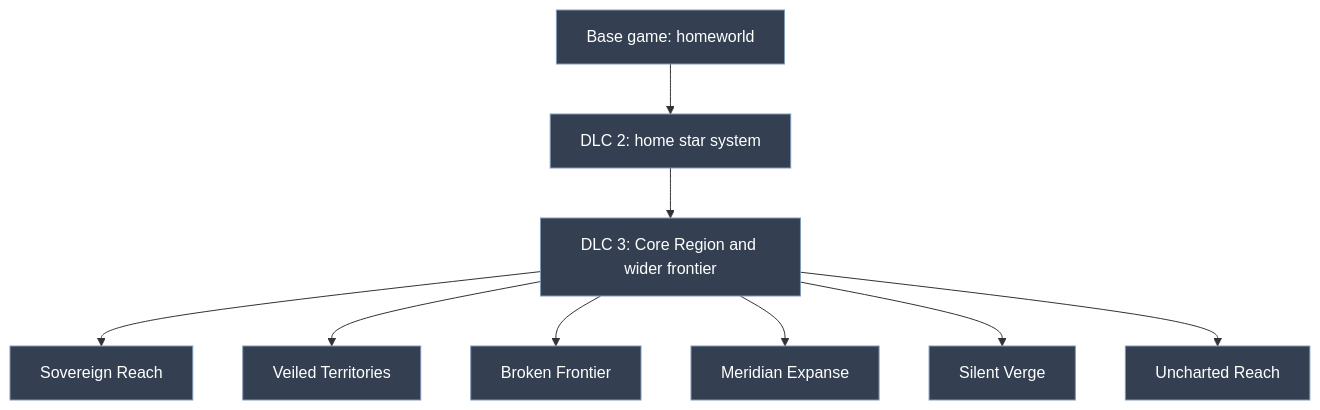
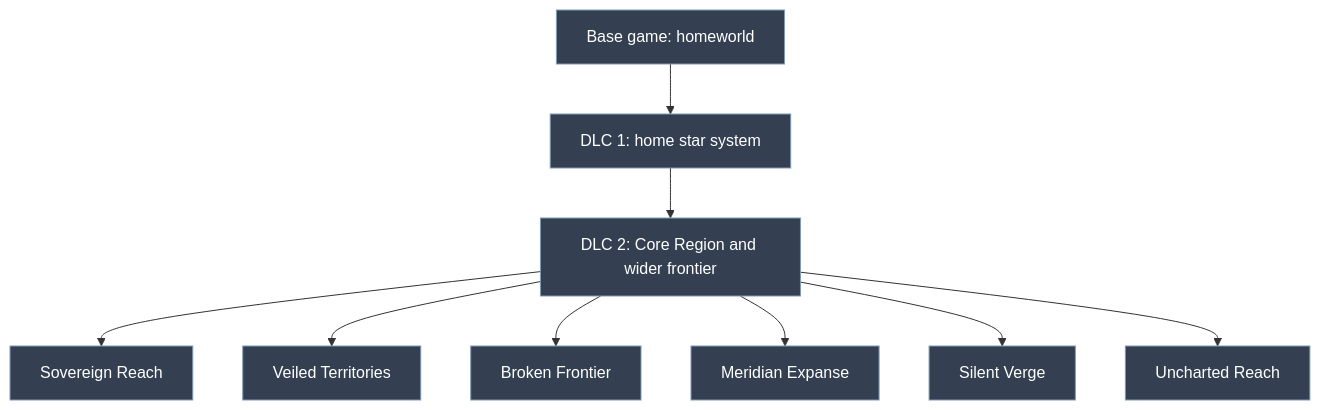
One commit to loganlewisw1112-create/Age-of-modern-war changed the sixth of 7 diagrams in README.md. Above: the diagram before and after it, drawn with Mermaid. The commit also changed other lines of this file and 37 other files, not shown here.

````diff
--- a/README.md
+++ b/README.md
@@ -659,13 +672,13 @@
 ```mermaid
 flowchart TD
-    A[Base game: homeworld] --> B[DLC 2: home star system]
-    B --> C[DLC 3: Core Region and wider frontier]
+    A[Base game: homeworld] --> B[DLC 1: home star system]
+    B --> C[DLC 2: Core Region and wider frontier]
     C --> D[Sovereign Reach]
     C --> E[Veiled Territories]
     C --> F[Broken Frontier]
     C --> G[Meridian Expanse]
     C --> H[Silent Verge]
     C --> I[Uncharted Reach]
     classDef frontier fill:#344052,stroke:#8199b5,color:#fff
     class A,B,C,D,E,F,G,H,I frontier
 ```
````
